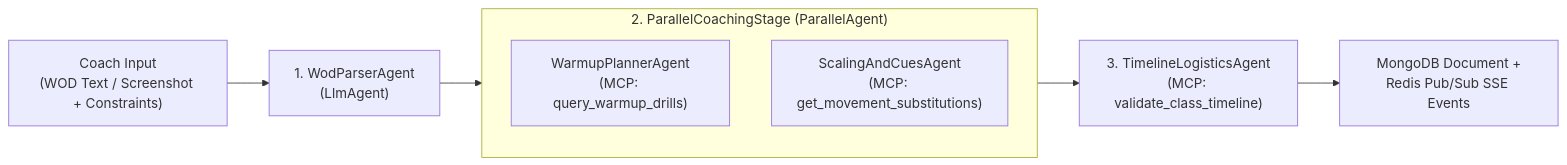
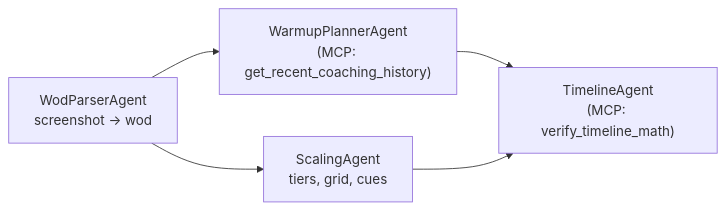
Before and after one commit to vkhod/coachbuddy: the diagram in services/agents-python/README.md, drawn with Mermaid. The commit also changed other lines of this file and 43 other files, not shown here.

````diff
--- a/services/agents-python/README.md
+++ b/services/agents-python/README.md
@@ -9,11 +5,7 @@
 ```mermaid
 flowchart LR
-    Input["Coach Input<br/>(WOD Text / Screenshot + Constraints)"] --> Parser["1. WodParserAgent<br/>(LlmAgent)"]
-    Parser --> Parallel["2. ParallelCoachingStage<br/>(ParallelAgent)"]
-    subgraph Parallel["2. ParallelCoachingStage (ParallelAgent)"]
-        Warmup["WarmupPlannerAgent<br/>(MCP: query_warmup_drills)"]
-        Scaling["ScalingAndCuesAgent<br/>(MCP: get_movement_substitutions)"]
-    end
-    Parallel --> Timeline["3. TimelineLogisticsAgent<br/>(MCP: validate_class_timeline)"]
-    Timeline --> Output["MongoDB Document +<br/>Redis Pub/Sub SSE Events"]
+    P["WodParserAgent<br/>screenshot -> wod"] --> W["WarmupPlannerAgent<br/>(MCP: get_recent_coaching_history)"]
+    P --> S["ScalingAgent<br/>tiers, grid, cues"]
+    W --> T["TimelineAgent<br/>(MCP: verify_timeline_math)"]
+    S --> T
 ```
````
